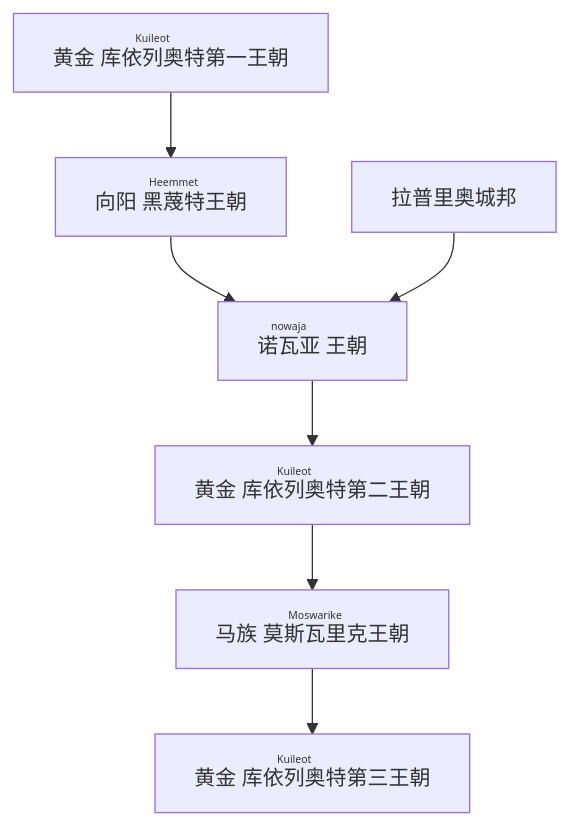
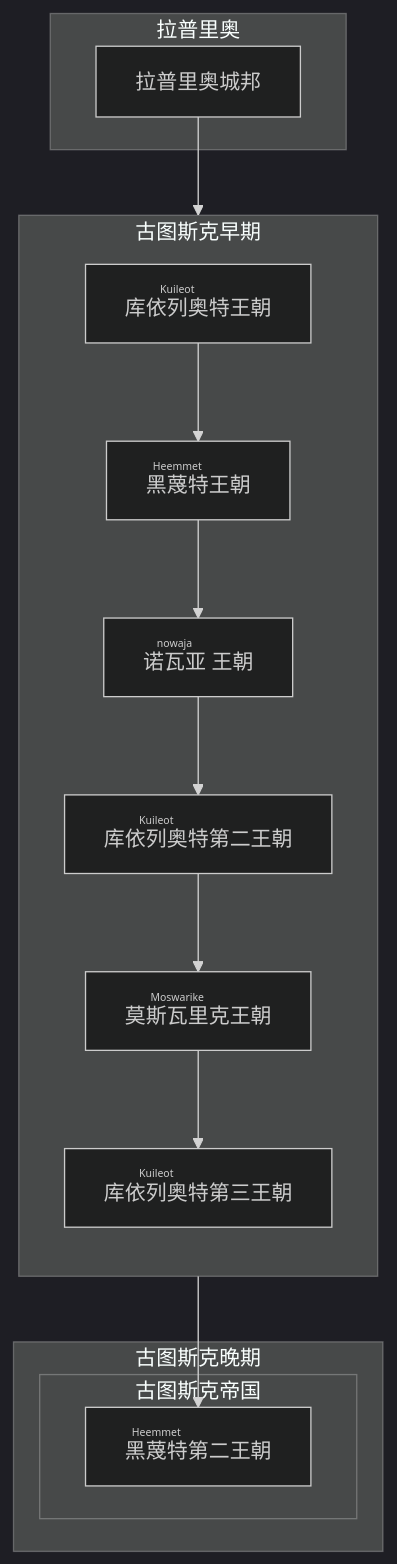
Before and after one commit to PhychiasLokDansk/Laaerad: the diagram in docs/拉埃拉德/图斯克/图斯克.md, drawn with Mermaid. The commit also changed other lines of this file and 2 other files, not shown here.

Commit message:
LAPTOP-UGNPREPA 2025-1-2:20:34:6

````diff
--- a/docs/拉埃拉德/图斯克/图斯克.md
+++ b/docs/拉埃拉德/图斯克/图斯克.md
@@ -40,5 +44,22 @@
 ```mermaid 
-graph TD
-A[黄金 <ruby>库依列奥特<rt>Kuileot</rt></ruby>第一王朝] --> B[向阳 <ruby>黑蔑特<rt>Heemmet</rt></ruby>王朝] --> C[<ruby>诺瓦亚<rt>nowaja</rt> </ruby>王朝] --> D[黄金 <ruby>库依列奥特<rt>Kuileot</rt></ruby>第二王朝] --> F[马族 <ruby>莫斯瓦里克<rt>Moswarike</rt></ruby>王朝] --> G[黄金 <ruby>库依列奥特<rt>Kuileot</rt></ruby>第三王朝]
-E[拉普里奥城邦] --> C
+%%{init: { 'logLevel': 'debug', 'theme': 'dark' } }%%
+graph TB
+	subgraph 古图斯克早期
+		direction TB
+		A[<ruby>库依列奥特<rt>Kuileot</rt></ruby>王朝]
+		A --> B[<ruby>黑蔑特<rt>Heemmet</rt></ruby>王朝]
+		B --> C[<ruby>诺瓦亚<rt>nowaja</rt> </ruby>王朝]
+		C --> D[<ruby>库依列奥特<rt>Kuileot</rt></ruby>第二王朝]
+		D --> F[<ruby>莫斯瓦里克<rt>Moswarike</rt></ruby>王朝]
+		F --> G[<ruby>库依列奥特<rt>Kuileot</rt></ruby>第三王朝]
+	end
+	subgraph 拉普里奥
+		E[拉普里奥城邦] --> C
+	end
+	subgraph 古图斯克晚期
+		subgraph 古图斯克帝国
+			H[<ruby>黑蔑特<rt>Heemmet</rt></ruby>第二王朝]
+		end
+	end
+	G --> H
 ```
````
